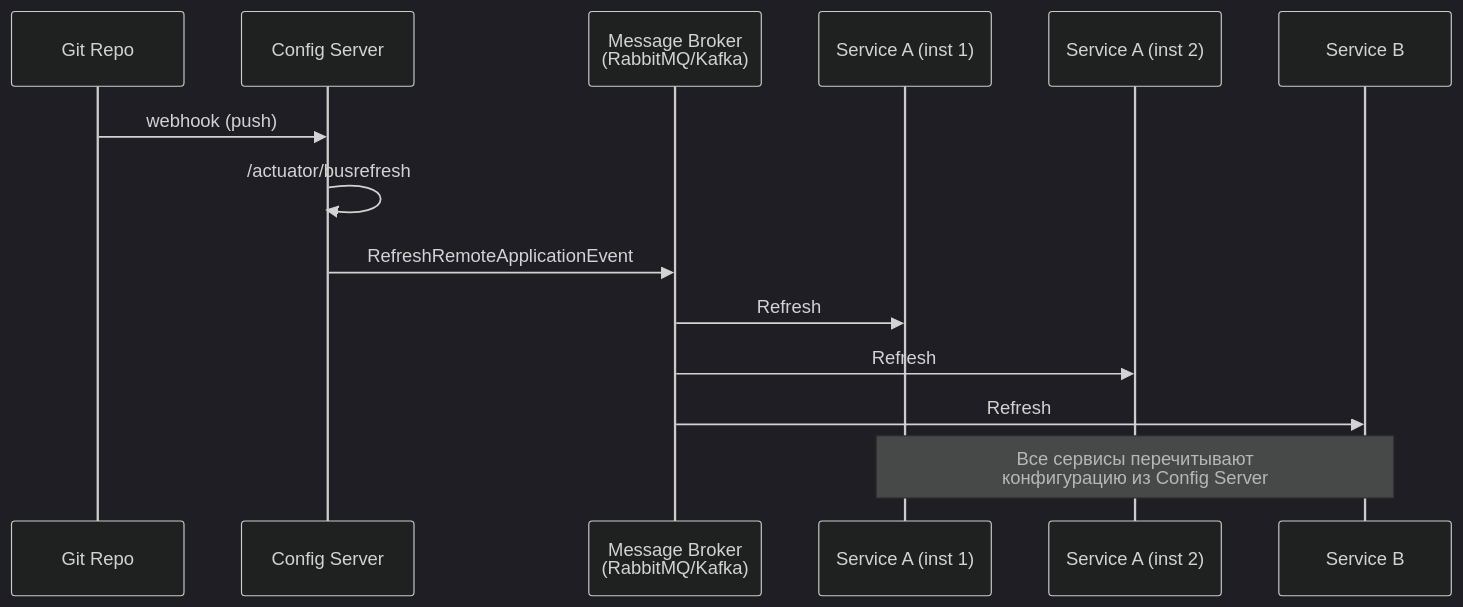
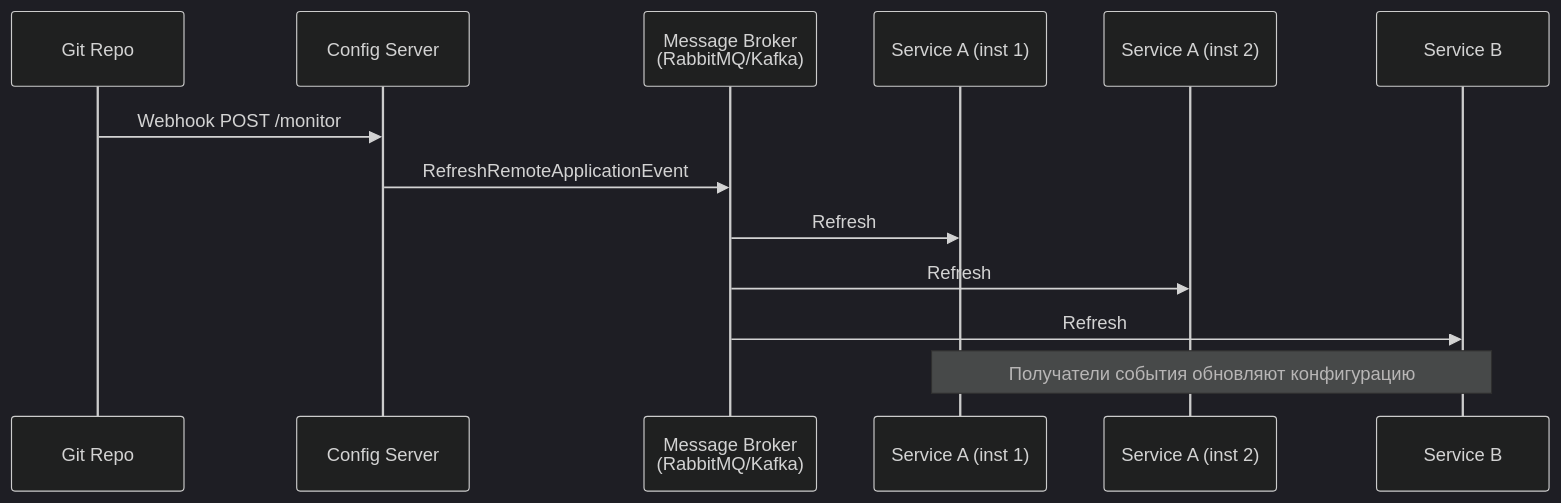
The sixth of 19 diagrams in cheatsheets/interview/frameworks/spring/spring-cloud-interview.md (akeverus/cheat-sheet), drawn with Mermaid (dark theme) before and after one commit. The commit also changed other lines of this file and 2 other files, not shown here.

````diff
--- a/cheatsheets/interview/frameworks/spring/spring-cloud-interview.md
+++ b/cheatsheets/interview/frameworks/spring/spring-cloud-interview.md
@@ -390,17 +462,16 @@
 ```mermaid
 sequenceDiagram
     participant Git as Git Repo
     participant CS as Config Server
     participant Bus as Message Broker<br/>(RabbitMQ/Kafka)
     participant S1 as Service A (inst 1)
     participant S2 as Service A (inst 2)
     participant S3 as Service B
 
-    Git->>CS: webhook (push)
-    CS->>CS: /actuator/busrefresh
+    Git->>CS: Webhook POST /monitor
     CS->>Bus: RefreshRemoteApplicationEvent
     Bus->>S1: Refresh
     Bus->>S2: Refresh
     Bus->>S3: Refresh
-    Note over S1,S3: Все сервисы перечитывают<br/>конфигурацию из Config Server
+    Note over S1,S3: Получатели события обновляют конфигурацию
 ```
````
